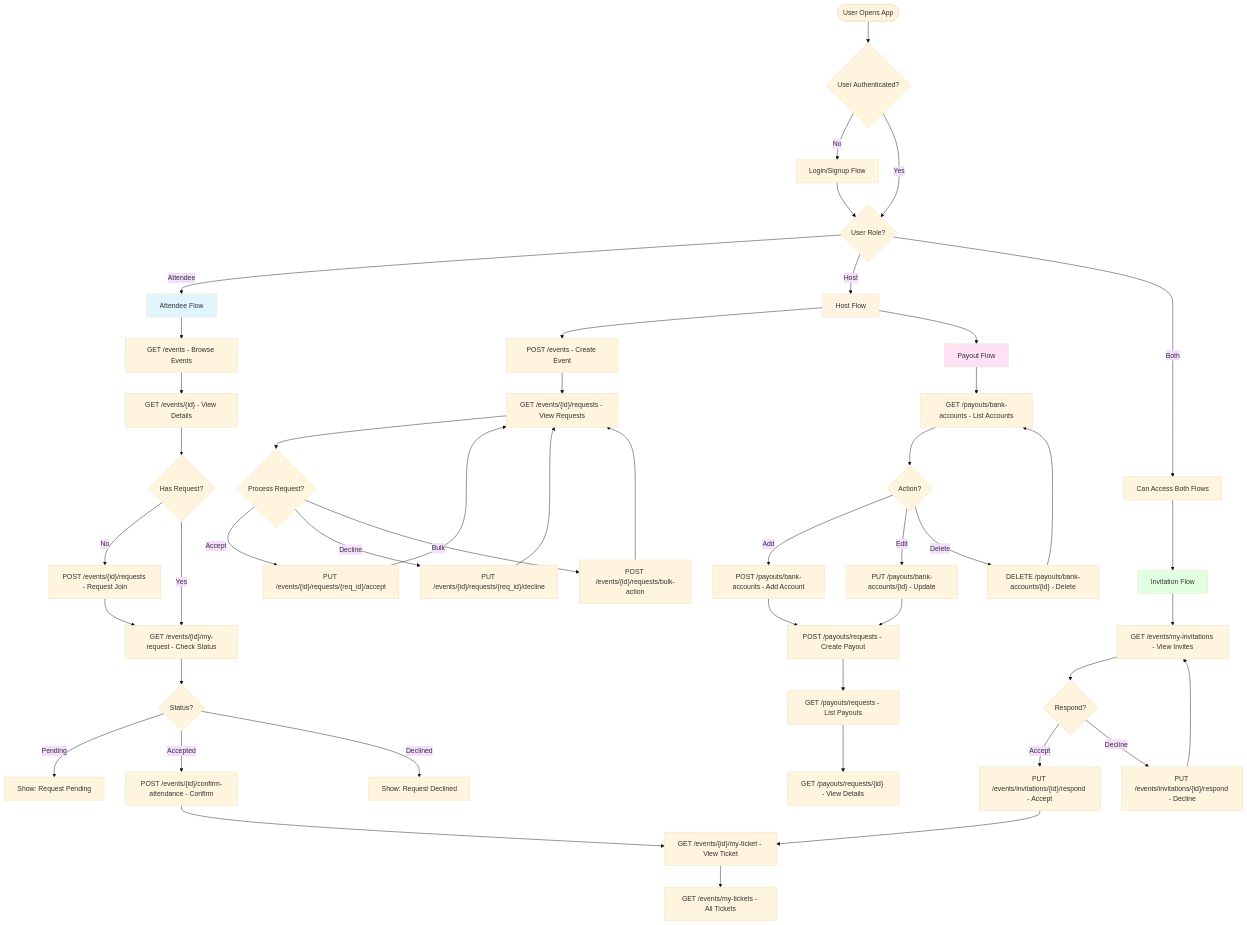
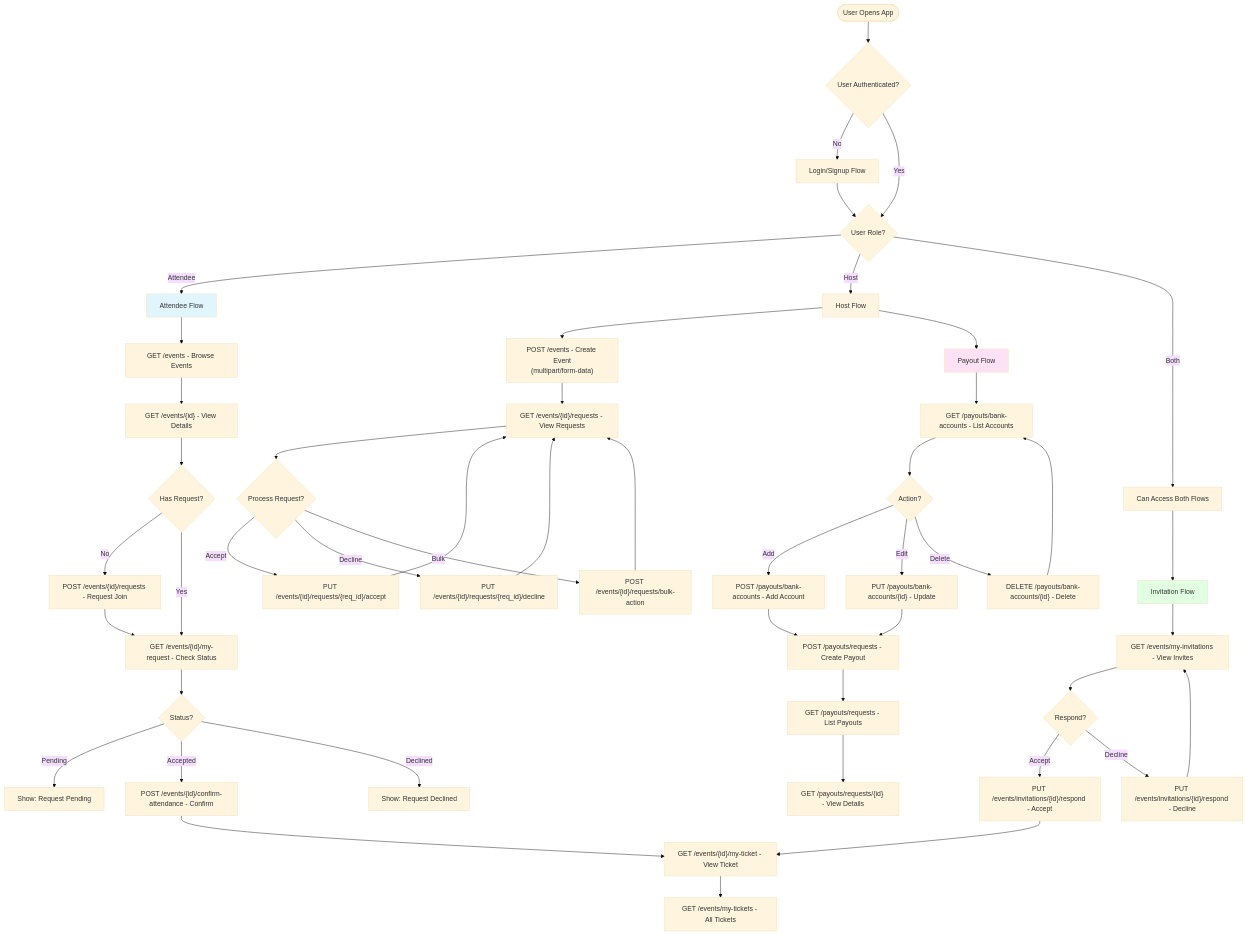
Before and after one commit to LOOPINX-CIRCLE/LoopinBackend: the first of 6 diagrams in events/docs/INTEGRATION_FLOW_GUIDE.md, drawn with Mermaid (base theme). The commit also changed other lines of this file, not shown here.

First line of the commit message:
Update event creation docs for multipart/form-data file uploads

````diff
--- a/events/docs/INTEGRATION_FLOW_GUIDE.md
+++ b/events/docs/INTEGRATION_FLOW_GUIDE.md
@@ -13,71 +13,71 @@
 ```mermaid
 flowchart TD
     Start([User Opens App]) --> Auth{User Authenticated?}
     Auth -->|No| Login[Login/Signup Flow]
     Auth -->|Yes| Role{User Role?}
     
     Login --> Role
     
     Role -->|Attendee| AttendeeFlow[Attendee Flow]
     Role -->|Host| HostFlow[Host Flow]
     Role -->|Both| BothFlow[Can Access Both Flows]
     
     AttendeeFlow --> BrowseEvents["GET /events - Browse Events"]
     BrowseEvents --> ViewEvent["GET /events/{id} - View Details"]
     ViewEvent --> CheckRequest{Has Request?}
     
     CheckRequest -->|No| RequestJoin["POST /events/{id}/requests - Request Join"]
     CheckRequest -->|Yes| CheckStatus["GET /events/{id}/my-request - Check Status"]
     
     RequestJoin --> CheckStatus
     CheckStatus --> Status{Status?}
     
     Status -->|Pending| WaitPending[Show: Request Pending]
     Status -->|Accepted| Confirm["POST /events/{id}/confirm-attendance - Confirm"]
     Status -->|Declined| ShowDeclined[Show: Request Declined]
     
     Confirm --> ViewTicket["GET /events/{id}/my-ticket - View Ticket"]
     ViewTicket --> AllTickets["GET /events/my-tickets - All Tickets"]
     
-    HostFlow --> CreateEvent["POST /events - Create Event"]
+    HostFlow --> CreateEvent["POST /events - Create Event<br/>(multipart/form-data)"]
     CreateEvent --> ManageRequests["GET /events/{id}/requests - View Requests"]
     ManageRequests --> ProcessRequest{Process Request?}
     
     ProcessRequest -->|Accept| AcceptReq["PUT /events/{id}/requests/{req_id}/accept"]
     ProcessRequest -->|Decline| DeclineReq["PUT /events/{id}/requests/{req_id}/decline"]
     ProcessRequest -->|Bulk| BulkAction["POST /events/{id}/requests/bulk-action"]
     
     AcceptReq --> ManageRequests
     DeclineReq --> ManageRequests
     BulkAction --> ManageRequests
     
     HostFlow --> PayoutFlow[Payout Flow]
     PayoutFlow --> BankAccounts["GET /payouts/bank-accounts - List Accounts"]
     BankAccounts --> BankAction{Action?}
     
     BankAction -->|Add| AddBank["POST /payouts/bank-accounts - Add Account"]
     BankAction -->|Edit| EditBank["PUT /payouts/bank-accounts/{id} - Update"]
     BankAction -->|Delete| DeleteBank["DELETE /payouts/bank-accounts/{id} - Delete"]
     
     AddBank --> CreatePayout["POST /payouts/requests - Create Payout"]
     EditBank --> CreatePayout
     DeleteBank --> BankAccounts
     
     CreatePayout --> ListPayouts["GET /payouts/requests - List Payouts"]
     ListPayouts --> ViewPayout["GET /payouts/requests/{id} - View Details"]
     
     BothFlow --> InvitationFlow[Invitation Flow]
     InvitationFlow --> MyInvites["GET /events/my-invitations - View Invites"]
     MyInvites --> RespondInvite{Respond?}
     
     RespondInvite -->|Accept| AcceptInvite["PUT /events/invitations/{id}/respond - Accept"]
     RespondInvite -->|Decline| DeclineInvite["PUT /events/invitations/{id}/respond - Decline"]
     
     AcceptInvite --> ViewTicket
     DeclineInvite --> MyInvites
     
     style AttendeeFlow fill:#e1f5ff
     style HostFlow fill:#fff4e1
     style PayoutFlow fill:#ffe1f5
     style InvitationFlow fill:#e1ffe1
 ```
````
